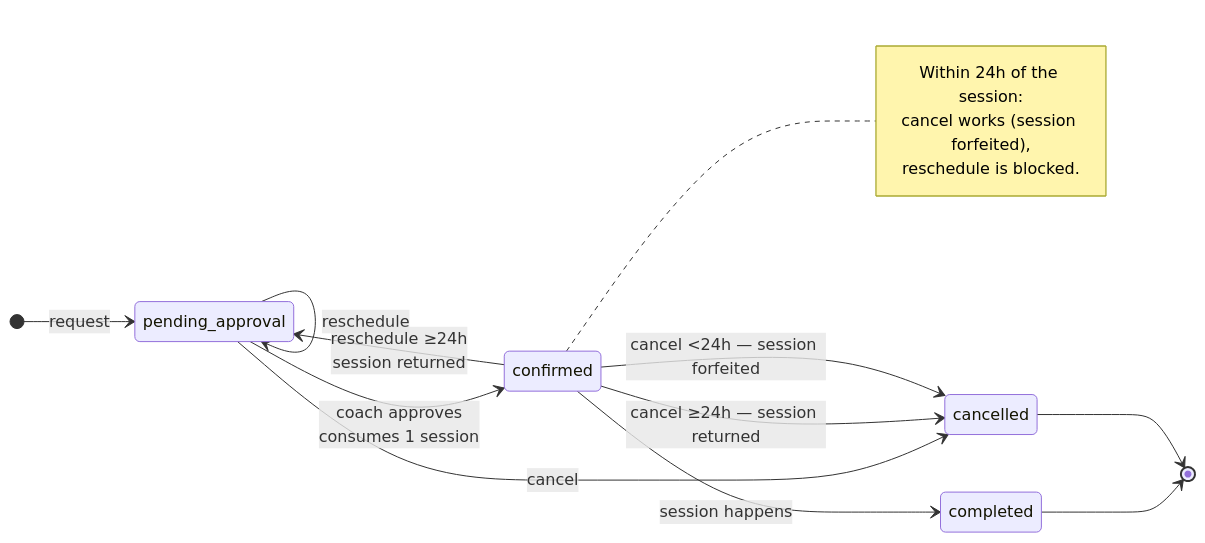
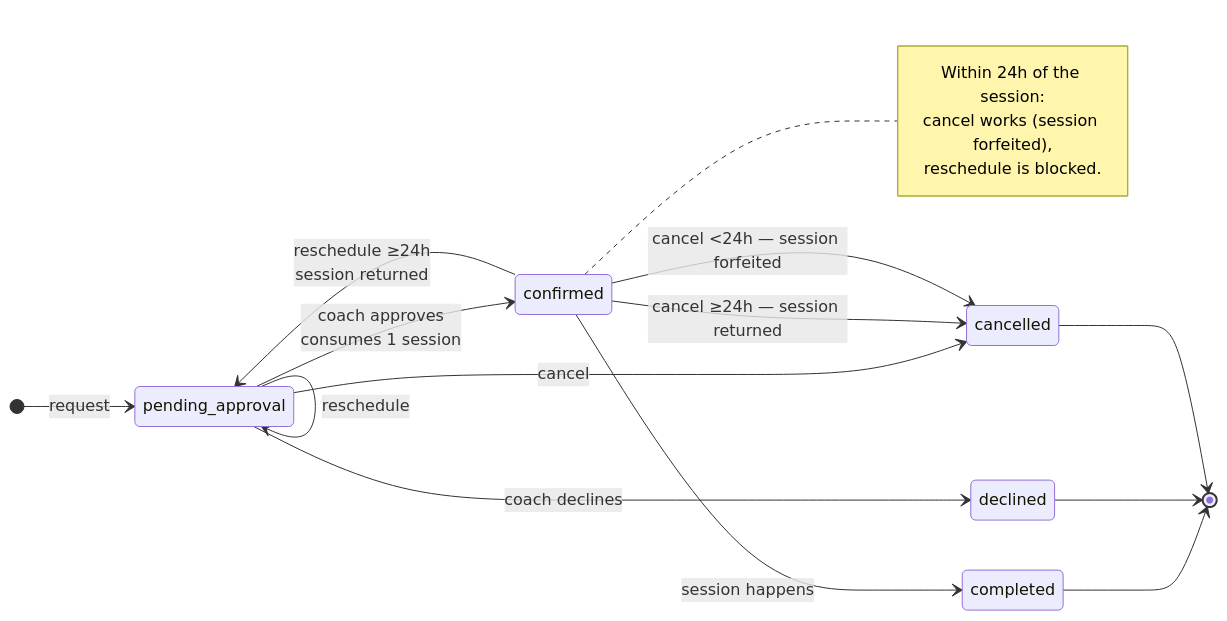
The first of 2 diagrams in apps/booking-portal/docs/BOOKING-LIFECYCLE.md (adidoesnt/bwh-monorepo), drawn with Mermaid before and after one commit. The commit also changed other lines of this file and 9 other files, not shown here.

````diff
--- a/apps/booking-portal/docs/BOOKING-LIFECYCLE.md
+++ b/apps/booking-portal/docs/BOOKING-LIFECYCLE.md
@@ -15,25 +15,27 @@
 ```mermaid
 stateDiagram-v2
     direction LR
 
     [*] --> pending_approval: request
 
     pending_approval --> confirmed: coach approves<br/>consumes 1 session
+    pending_approval --> declined: coach declines
     confirmed --> completed: session happens
 
     pending_approval --> pending_approval: reschedule
     confirmed --> pending_approval: reschedule ≥24h<br/>session returned
 
     pending_approval --> cancelled: cancel
     confirmed --> cancelled: cancel ≥24h — session returned
     confirmed --> cancelled: cancel <24h — session forfeited
 
     completed --> [*]
+    declined --> [*]
     cancelled --> [*]
 
     note right of confirmed
         Within 24h of the session:
         cancel works (session forfeited),
         reschedule is blocked.
     end note
 ```
````
